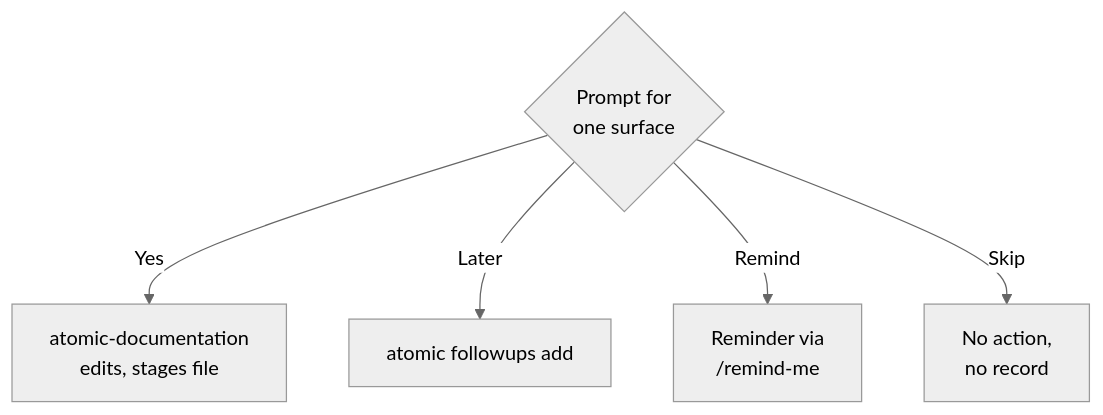
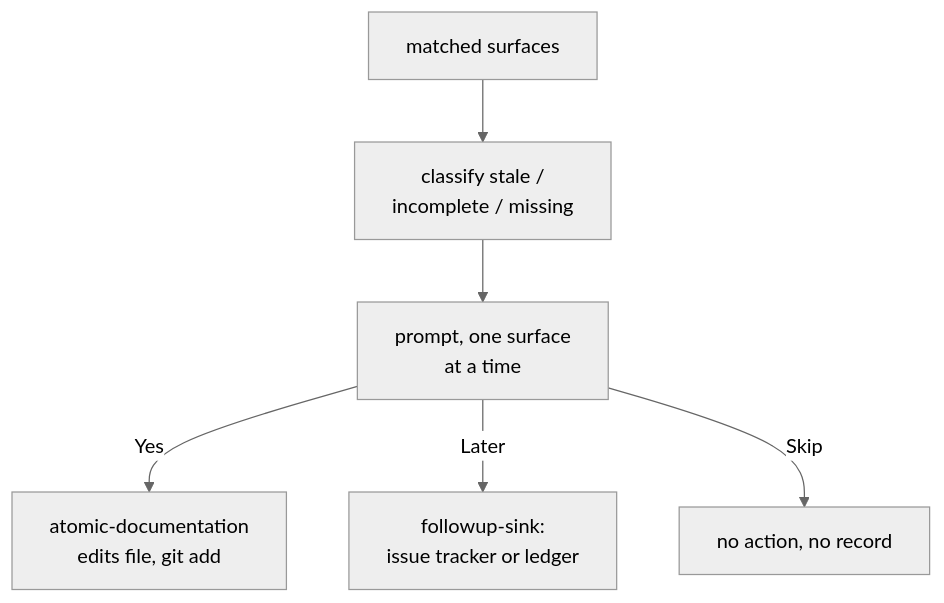
Before and after one commit to damusix/atomic-claude: the second of 3 diagrams in docs/wiki/docs-meta.md, drawn with Mermaid (neutral theme). The commit also changed other lines of this file and 795 other files, not shown here.

````diff
--- a/docs/wiki/docs-meta.md
+++ b/docs/wiki/docs-meta.md
@@ -58,8 +79,8 @@
 ```mermaid
 flowchart TD
-    %% source: context/_partials/doc-impact.md, context/skills/atomic-documentation/SKILL.md
-    P{"Prompt for<br/>one surface"} -->|Yes| E["atomic-documentation<br/>edits, stages file"]
-    P -->|Later| F["atomic followups add"]
-    P -->|Remind| R["Reminder via<br/>/remind-me"]
-    P -->|Skip| N["No action,<br/>no record"]
+    M["matched surfaces"] --> C["classify stale /<br/>incomplete / missing"]
+    C --> P["prompt, one surface<br/>at a time"]
+    P -->|Yes| E["atomic-documentation<br/>edits file, git add"]
+    P -->|Later| F["followup-sink:<br/>issue tracker or ledger"]
+    P -->|Skip| N["no action, no record"]
 ```
````
